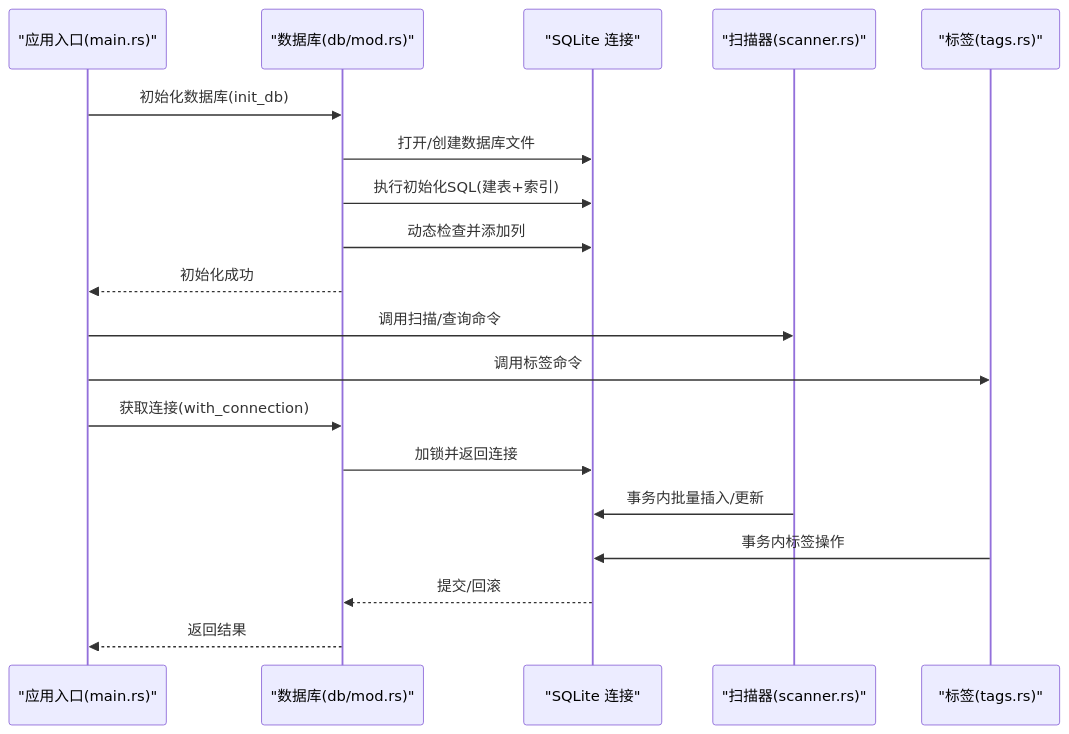
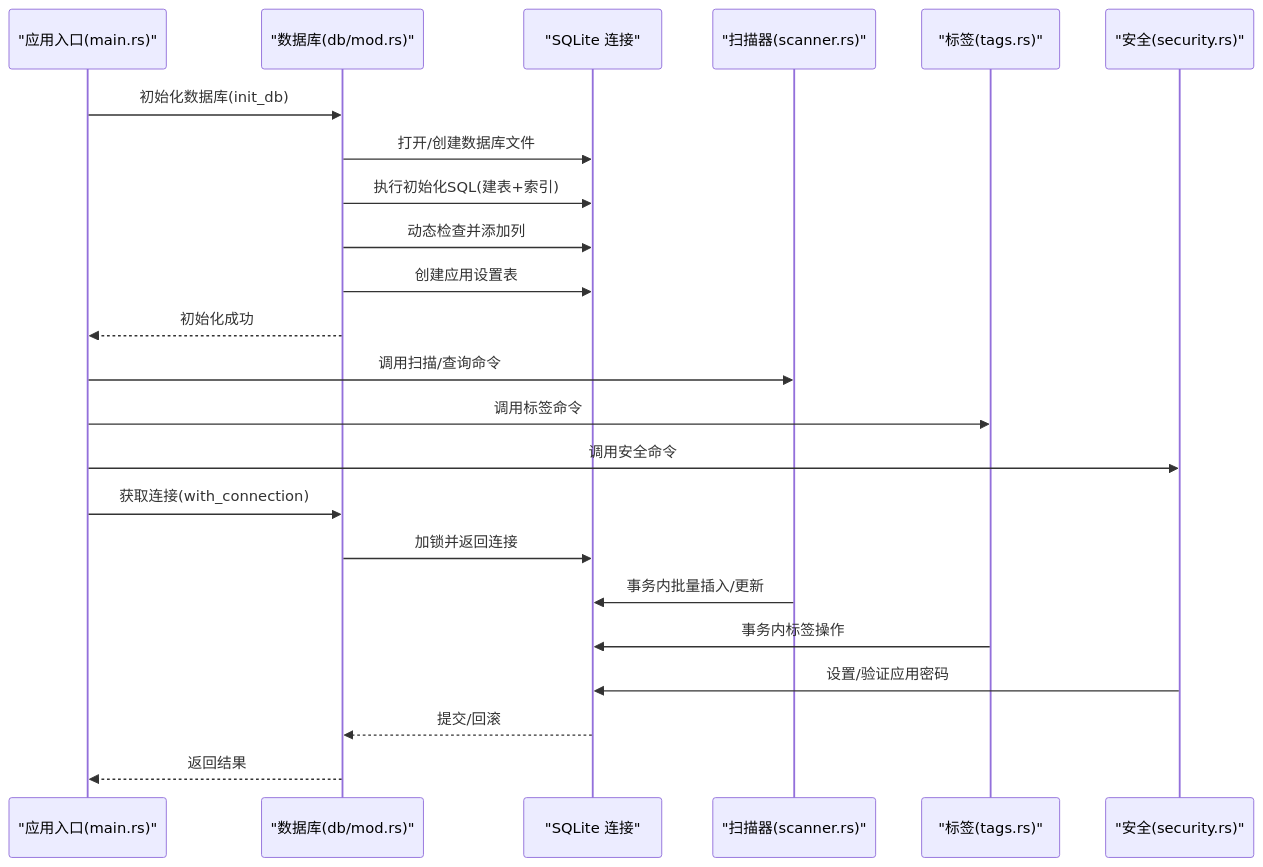
Before and after one commit to YLee9527/Medex: the second of 6 diagrams in doc/repowiki/zh/content/后端开发/数据库设计.md, drawn with Mermaid. The commit also changed other lines of this file and 31 other files, not shown here.

First line of the commit message:
docs(doc): 添加部署脚本、锁屏功能、发布指南及设置按钮图标文档

````diff
--- a/doc/repowiki/zh/content/后端开发/数据库设计.md
+++ b/doc/repowiki/zh/content/后端开发/数据库设计.md
@@ -86,21 +104,25 @@
 ```mermaid
 sequenceDiagram
 participant App as "应用入口(main.rs)"
 participant DB as "数据库(db/mod.rs)"
 participant Conn as "SQLite 连接"
 participant S as "扫描器(scanner.rs)"
 participant T as "标签(tags.rs)"
+participant Sec as "安全(security.rs)"
 App->>DB : 初始化数据库(init_db)
 DB->>Conn : 打开/创建数据库文件
 DB->>Conn : 执行初始化SQL(建表+索引)
 DB->>Conn : 动态检查并添加列
+DB->>Conn : 创建应用设置表
 DB-->>App : 初始化成功
 App->>S : 调用扫描/查询命令
 App->>T : 调用标签命令
+App->>Sec : 调用安全命令
 App->>DB : 获取连接(with_connection)
 DB->>Conn : 加锁并返回连接
 S->>Conn : 事务内批量插入/更新
 T->>Conn : 事务内标签操作
+Sec->>Conn : 设置/验证应用密码
 Conn-->>DB : 提交/回滚
 DB-->>App : 返回结果
 ```
````
